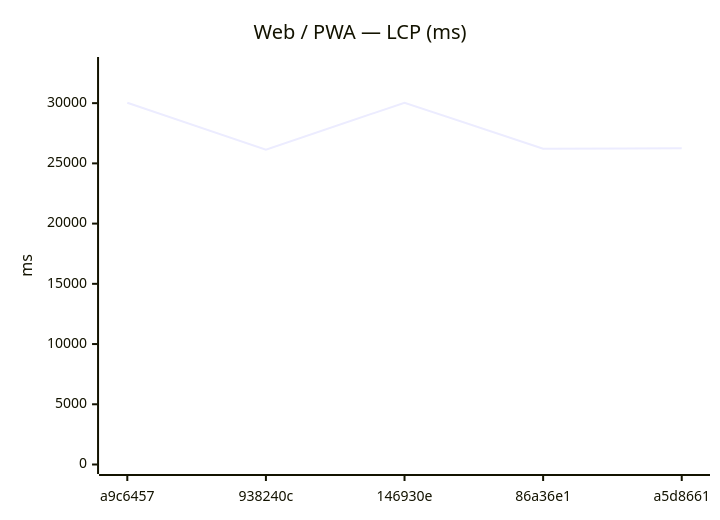
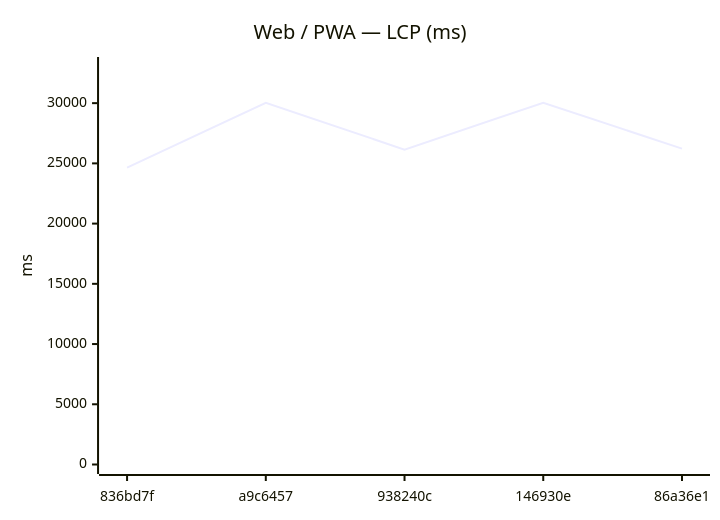
The fifth of 12 diagrams in benchmarks/compare.md (Metaheurist/Rianell), drawn with Mermaid before and after one commit. The commit also changed other lines of this file and 8 other files, not shown here.

````diff
--- a/benchmarks/compare.md
+++ b/benchmarks/compare.md
@@ -82,7 +82,7 @@
 ```mermaid
 xychart-beta
     title "Web / PWA — LCP (ms)"
-    x-axis ["a9c6457", "938240c", "146930e", "86a36e1", "a5d8661"]
+    x-axis ["836bd7f", "a9c6457", "938240c", "146930e", "86a36e1"]
     y-axis "ms" 0 --> 33043
-    line [30029, 26143, 30039, 26222, 26258]
+    line [24652, 30029, 26143, 30039, 26222]
 ```
````
